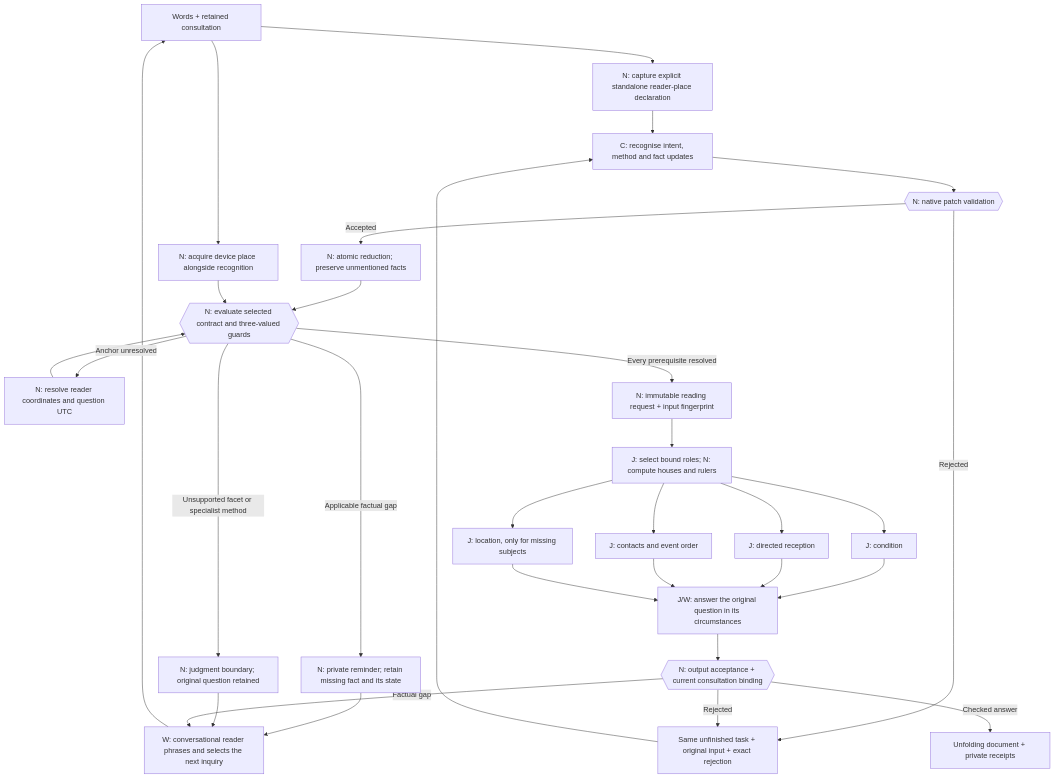
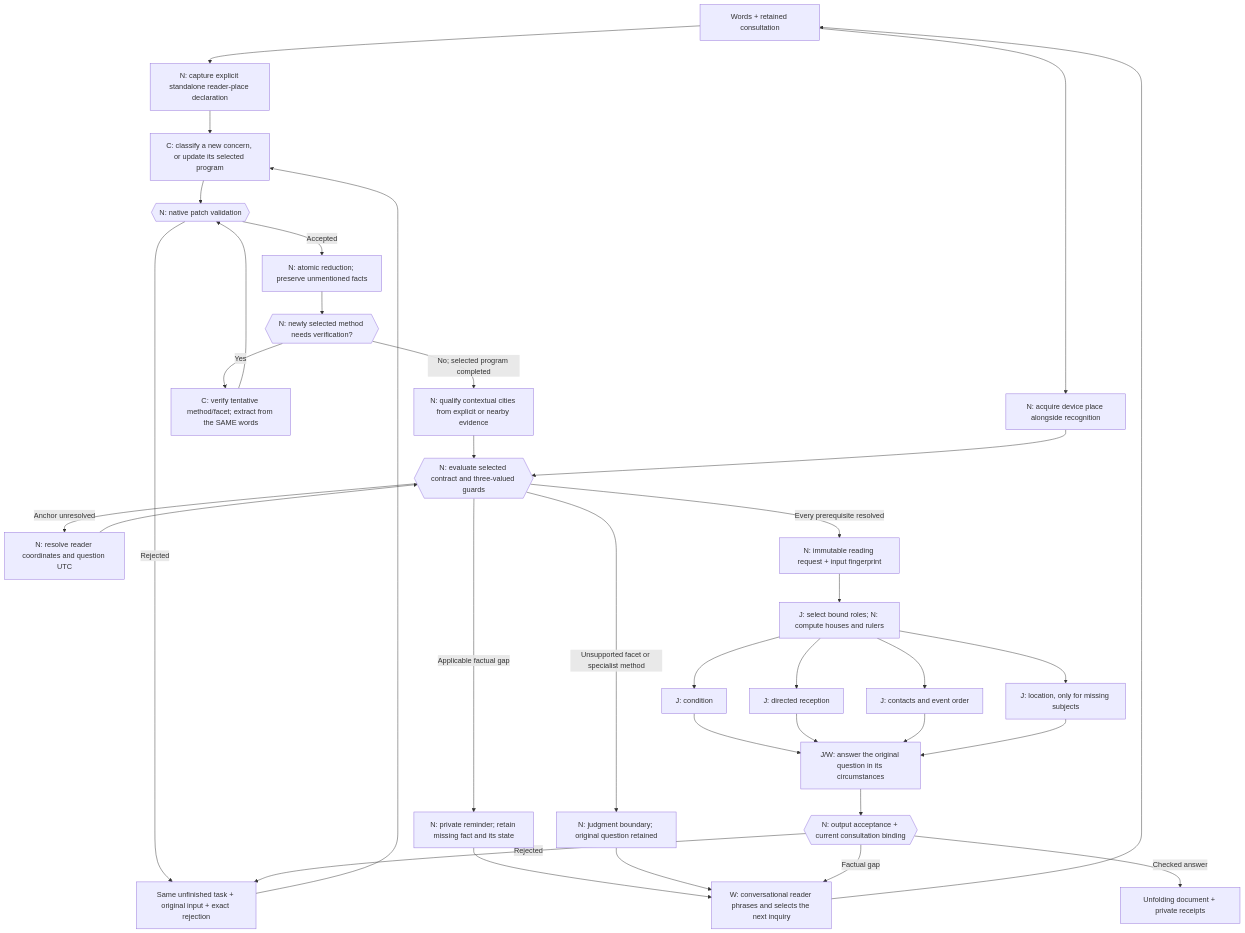
The diagram in src-tauri/src/reading_contract_overview.md (delysis/horary-web), drawn with Mermaid before and after one commit. The commit also changed other lines of this file and 57 other files, not shown here.

````diff
--- a/src-tauri/src/reading_contract_overview.md
+++ b/src-tauri/src/reading_contract_overview.md
@@ -7,30 +7,34 @@
 ```mermaid
 flowchart TB
   words["Words + retained consultation"] --> literal["N: capture explicit standalone reader-place declaration"]
-  literal --> recognise["C: recognise intent, method and fact updates"]
+  literal --> recognise["C: classify a new concern, or update its selected program"]
   words --> device["N: acquire device place alongside recognition"]
   recognise --> check{{"N: native patch validation"}}
   check -->|Rejected| repair["Same unfinished task + original input + exact rejection"]
   repair --> recognise
   check -->|Accepted| reduce["N: atomic reduction; preserve unmentioned facts"]
-  reduce --> plan{{"N: evaluate selected contract and three-valued guards"}}
+  reduce --> focused{{"N: newly selected method needs verification?"}}
+  focused -->|Yes| extract["C: verify tentative method/facet; extract from the SAME words"]
+  extract --> check
+  focused -->|No; selected program completed| resolve["N: qualify contextual cities from explicit or nearby evidence"]
+  resolve --> plan{{"N: evaluate selected contract and three-valued guards"}}
   device --> plan
   plan -->|Applicable factual gap| remind["N: private reminder; retain missing fact and its state"]
   remind --> ask["W: conversational reader phrases and selects the next inquiry"]
   ask --> words
   plan -->|Anchor unresolved| tools["N: resolve reader coordinates and question UTC"]
   tools --> plan
   plan -->|Unsupported facet or specialist method| limited["N: judgment boundary; original question retained"]
   limited --> ask
   plan -->|Every prerequisite resolved| freeze["N: immutable reading request + input fingerprint"]
   freeze --> roles["J: select bound roles; N: compute houses and rulers"]
   roles --> condition["J: condition"]
   roles --> reception["J: directed reception"]
   roles --> contacts["J: contacts and event order"]
   roles --> location["J: location, only for missing subjects"]
   condition & reception & contacts & location --> judgment["J/W: answer the original question in its circumstances"]
   judgment --> acceptance{{"N: output acceptance + current consultation binding"}}
   acceptance -->|Factual gap| ask
   acceptance -->|Rejected| repair
   acceptance -->|Checked answer| document["Unfolding document + private receipts"]
 ```
````
